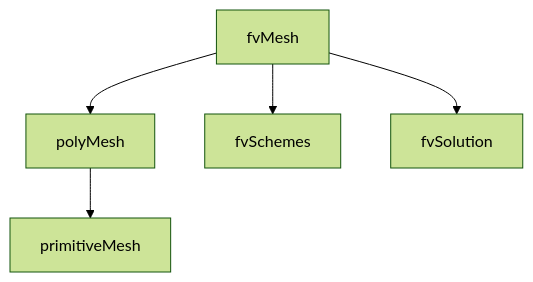
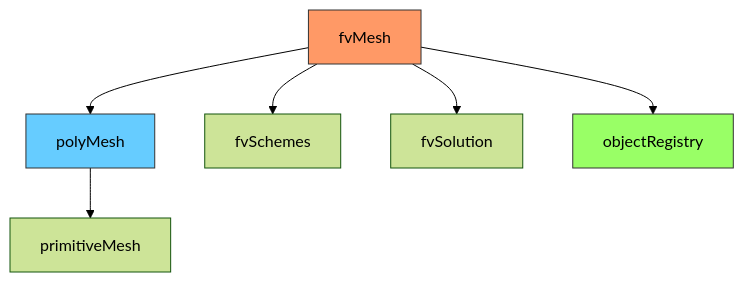
One commit to wramet/build-my-cfd changed the diagram in MODULE_05_OPENFOAM_PROGRAMMING/CONTENT/04_MESH_CLASSES/05_fvMesh.md. Above: the diagram before and after it, drawn with Mermaid (forest theme). The commit also changed other lines of this file and 272 other files, not shown here.

````diff
--- a/MODULE_05_OPENFOAM_PROGRAMMING/CONTENT/04_MESH_CLASSES/05_fvMesh.md
+++ b/MODULE_05_OPENFOAM_PROGRAMMING/CONTENT/04_MESH_CLASSES/05_fvMesh.md
@@ -11,7 +20,12 @@
 ```mermaid
 flowchart TD
     A[fvMesh] --> B[polyMesh]
     B --> C[primitiveMesh]
     A --> D[fvSchemes]
     A --> E[fvSolution]
+    A --> F[objectRegistry]
+    
+    style A fill:#f96,stroke:#333
+    style B fill:#6cf,stroke:#333
+    style F fill:#9f6,stroke:#333
 ```
````
